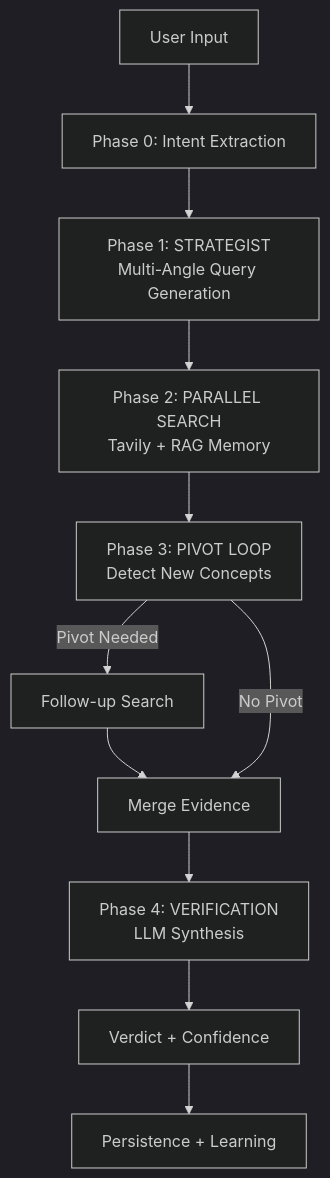
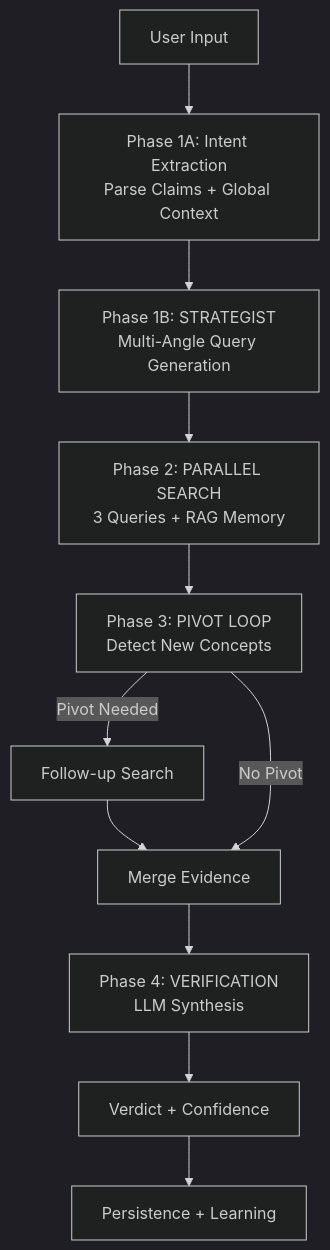
The first of 2 diagrams in docs/04-pipeline/00-overview.md (zayedrmdn/FactuAI), drawn with Mermaid (dark theme) before and after one commit. The commit also changed other lines of this file and 17 other files, not shown here.

````diff
--- a/docs/04-pipeline/00-overview.md
+++ b/docs/04-pipeline/00-overview.md
@@ -21,13 +32,13 @@
 ```mermaid
 graph TD
-    A[User Input] --> B[Phase 0: Intent Extraction]
-    B --> C[Phase 1: STRATEGIST<br/>Multi-Angle Query Generation]
-    C --> D[Phase 2: PARALLEL SEARCH<br/>Tavily + RAG Memory]
+    A[User Input] --> B[Phase 1A: Intent Extraction<br/>Parse Claims + Global Context]
+    B --> C[Phase 1B: STRATEGIST<br/>Multi-Angle Query Generation]
+    C --> D[Phase 2: PARALLEL SEARCH<br/>3 Queries + RAG Memory]
     D --> E[Phase 3: PIVOT LOOP<br/>Detect New Concepts]
     E -->|Pivot Needed| F[Follow-up Search]
     F --> G[Merge Evidence]
     E -->|No Pivot| G
     G --> H[Phase 4: VERIFICATION<br/>LLM Synthesis]
     H --> I[Verdict + Confidence]
     I --> J[Persistence + Learning]
 ```
````
